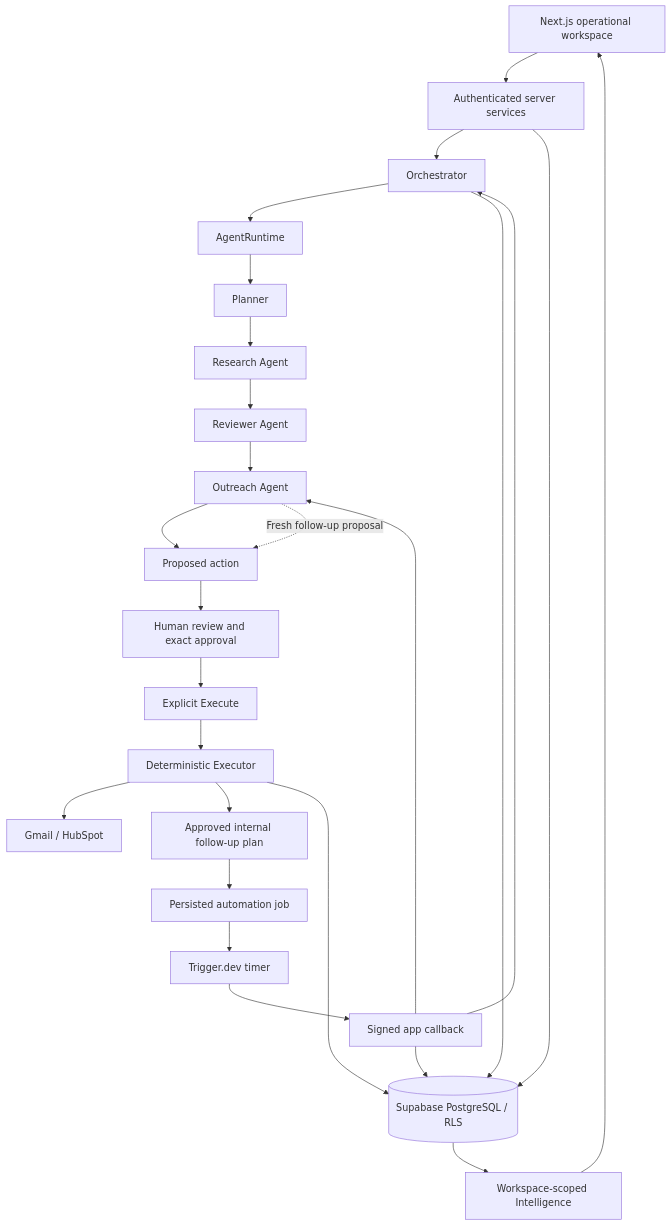
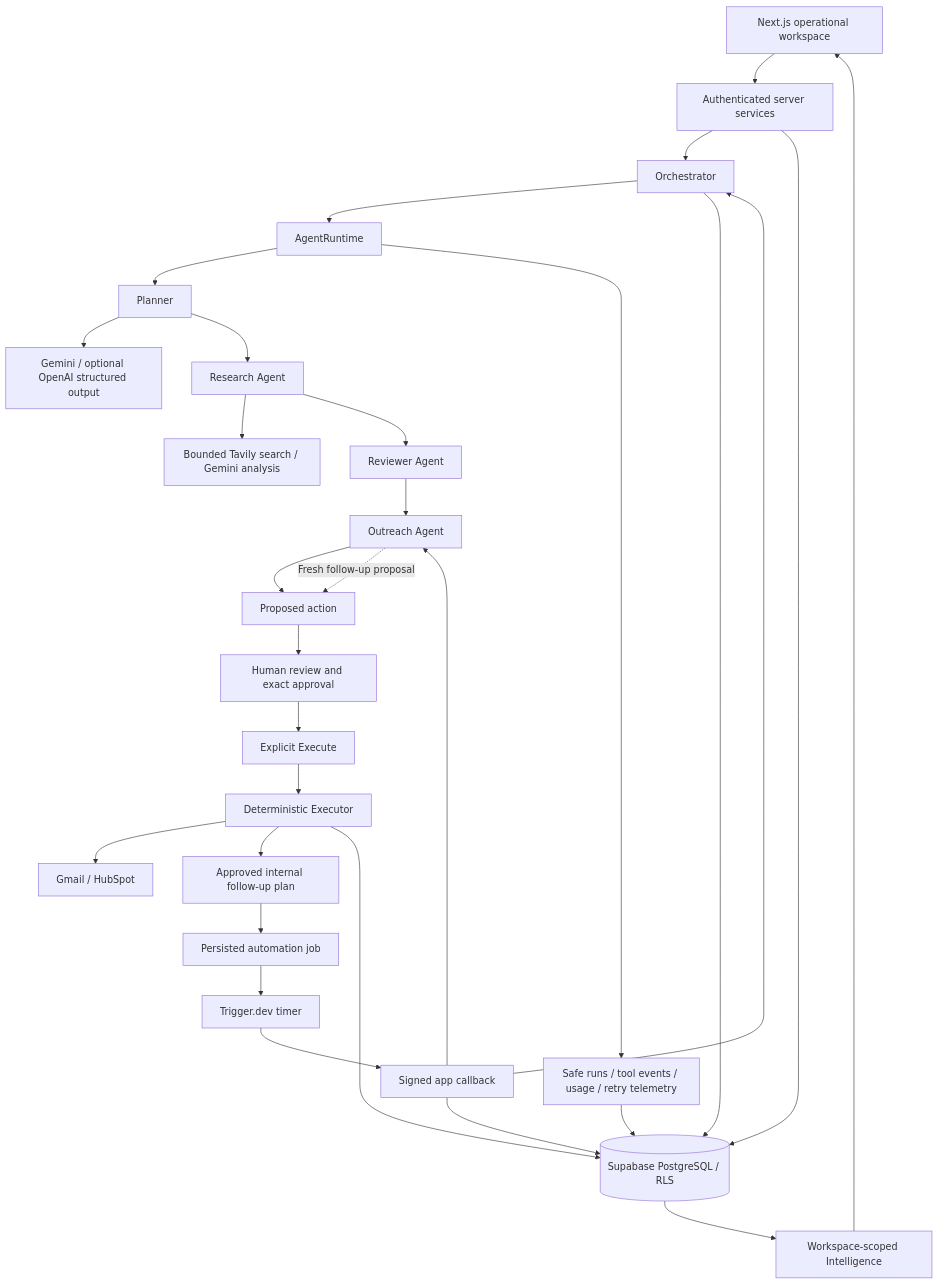
One commit to h1ziix/Agentic-Ops changed the diagram in docs/architecture.md. Above: the diagram before and after it, drawn with Mermaid. The commit also changed other lines of this file and 57 other files, not shown here.

````diff
--- a/docs/architecture.md
+++ b/docs/architecture.md
@@ -5,28 +5,32 @@
 ```mermaid
 flowchart TD
     UI[Next.js operational workspace] --> S[Authenticated server services]
     S --> O[Orchestrator]
     O --> RT[AgentRuntime]
     RT --> P[Planner]
+    P --> MODELS[Gemini / optional OpenAI structured output]
     P --> R[Research Agent]
+    R --> TOOLS[Bounded Tavily search / Gemini analysis]
     R --> RV[Reviewer Agent]
     RV --> OUT[Outreach Agent]
     OUT --> PROP[Proposed action]
     PROP --> H[Human review and exact approval]
     H --> X[Explicit Execute]
     X --> E[Deterministic Executor]
     E --> EXT[Gmail / HubSpot]
     E --> FP[Approved internal follow-up plan]
     FP --> J[Persisted automation job]
     J --> T[Trigger.dev timer]
     T --> CB[Signed app callback]
     CB --> O
     CB --> OUT
     OUT -. Fresh follow-up proposal .-> PROP
     S --> DB[(Supabase PostgreSQL / RLS)]
     O --> DB
     E --> DB
     CB --> DB
+    RT --> OBS[Safe runs / tool events / usage / retry telemetry]
+    OBS --> DB
     DB --> I[Workspace-scoped Intelligence]
     I --> UI
 ```
````
